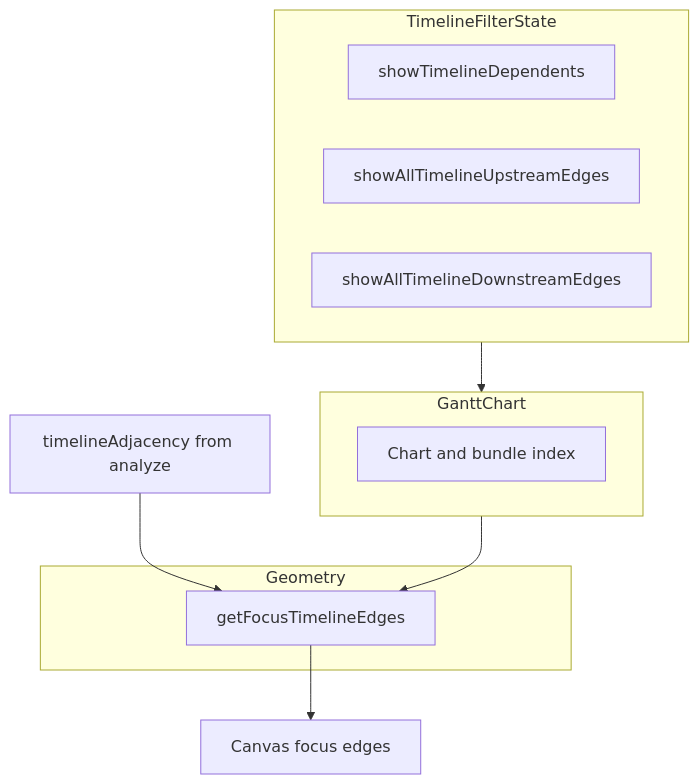
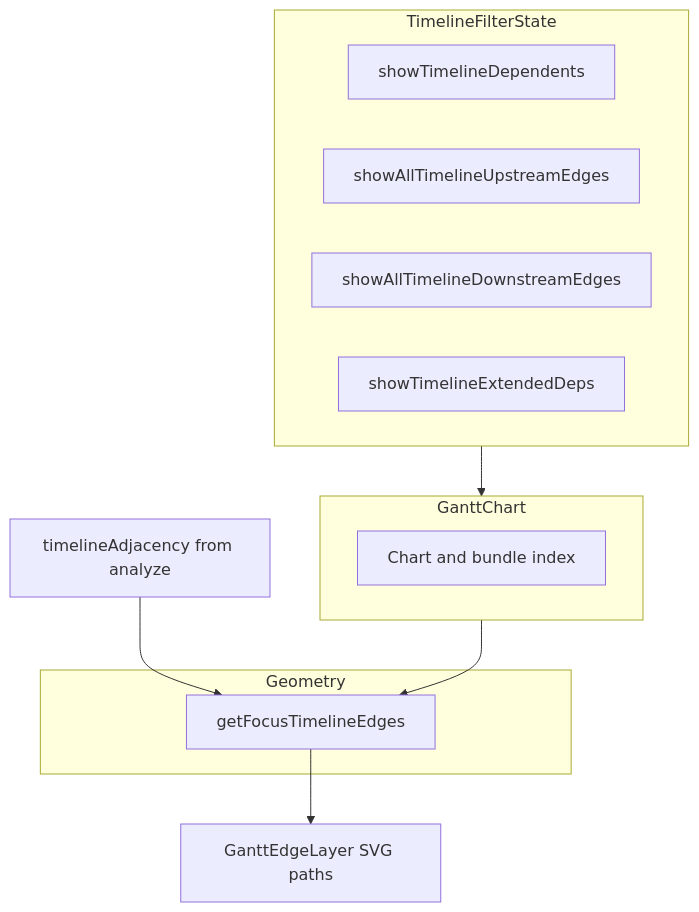
Before and after one commit to yu-iskw/dbt-artifacts-parser-ts: the diagram in docs/adr/0023-symmetric-capped-focus-dependency-edges-on-the-execution-timeline.md, drawn with Mermaid. The commit also changed other lines of this file and 18 other files, not shown here.

````diff
--- a/docs/adr/0023-symmetric-capped-focus-dependency-edges-on-the-execution-timeline.md
+++ b/docs/adr/0023-symmetric-capped-focus-dependency-edges-on-the-execution-timeline.md
@@ -50,18 +54,19 @@
 ```mermaid
 flowchart TB
   subgraph filters [TimelineFilterState]
     dep[showTimelineDependents]
     allUp[showAllTimelineUpstreamEdges]
     allDown[showAllTimelineDownstreamEdges]
+    ext[showTimelineExtendedDeps]
   end
   subgraph chart [GanttChart]
     gc[Chart and bundle index]
   end
   subgraph derive [Geometry]
     geo[getFocusTimelineEdges]
   end
   filters --> chart
   chart --> geo
   adj[timelineAdjacency from analyze] --> geo
-  geo --> canvas[Canvas focus edges]
+  geo --> svg[GanttEdgeLayer SVG paths]
 ```
````
